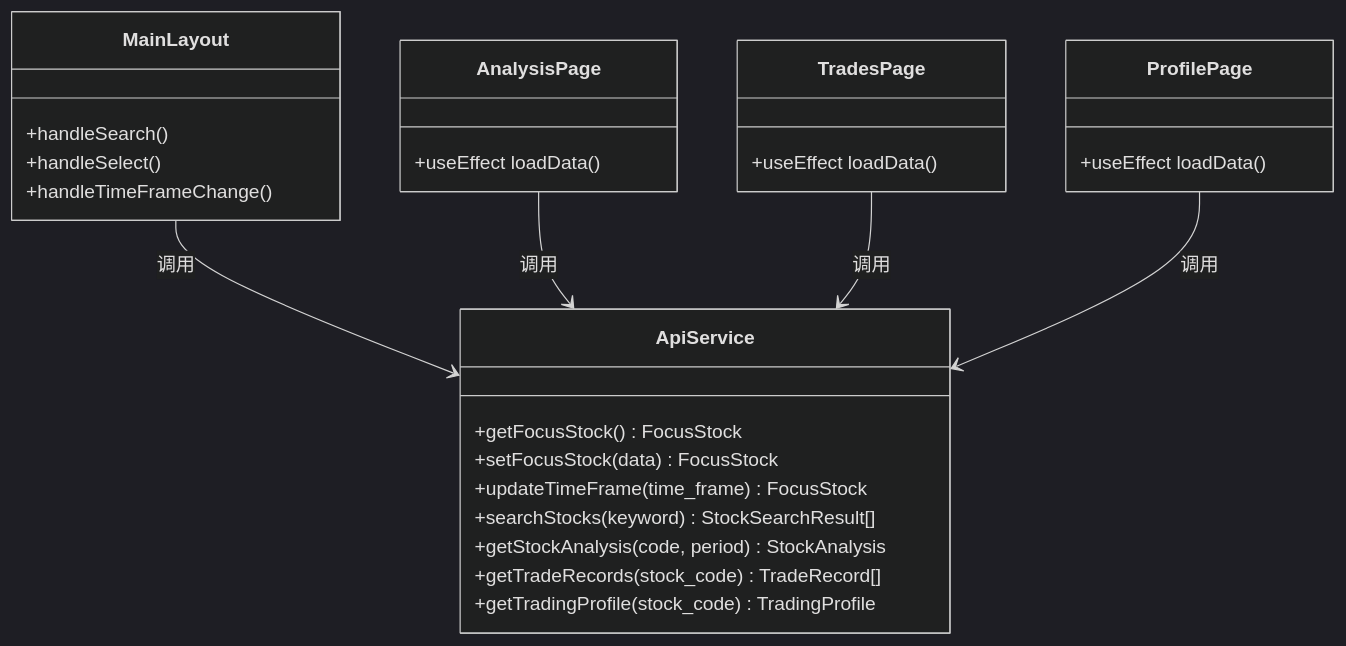
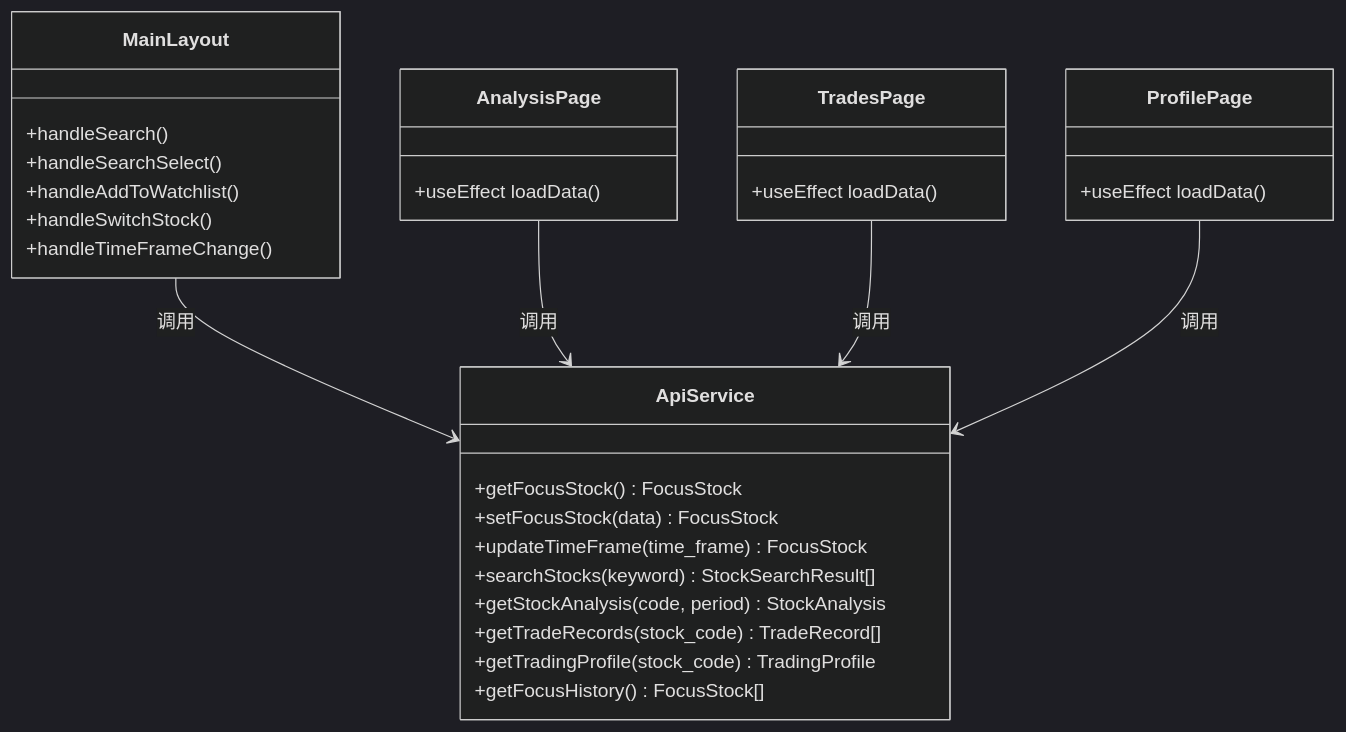
Before and after one commit to Moruime/stock_foker: the eighth of 13 diagrams in .qoder/repowiki/zh/content/前端组件/布局组件.md, drawn with Mermaid (dark theme). The commit also changed other lines of this file and 22 other files, not shown here.

````diff
--- a/.qoder/repowiki/zh/content/前端组件/布局组件.md
+++ b/.qoder/repowiki/zh/content/前端组件/布局组件.md
@@ -299,30 +344,33 @@
 ```mermaid
 classDiagram
 class ApiService {
 +getFocusStock() FocusStock
 +setFocusStock(data) FocusStock
 +updateTimeFrame(time_frame) FocusStock
 +searchStocks(keyword) StockSearchResult[]
 +getStockAnalysis(code, period) StockAnalysis
 +getTradeRecords(stock_code) TradeRecord[]
 +getTradingProfile(stock_code) TradingProfile
++getFocusHistory() FocusStock[]
 }
 class MainLayout {
 +handleSearch()
-+handleSelect()
++handleSearchSelect()
++handleAddToWatchlist()
++handleSwitchStock()
 +handleTimeFrameChange()
 }
 class AnalysisPage {
 +useEffect loadData()
 }
 class TradesPage {
 +useEffect loadData()
 }
 class ProfilePage {
 +useEffect loadData()
 }
 MainLayout --> ApiService : 调用
 AnalysisPage --> ApiService : 调用
 TradesPage --> ApiService : 调用
 ProfilePage --> ApiService : 调用
 ```
````
